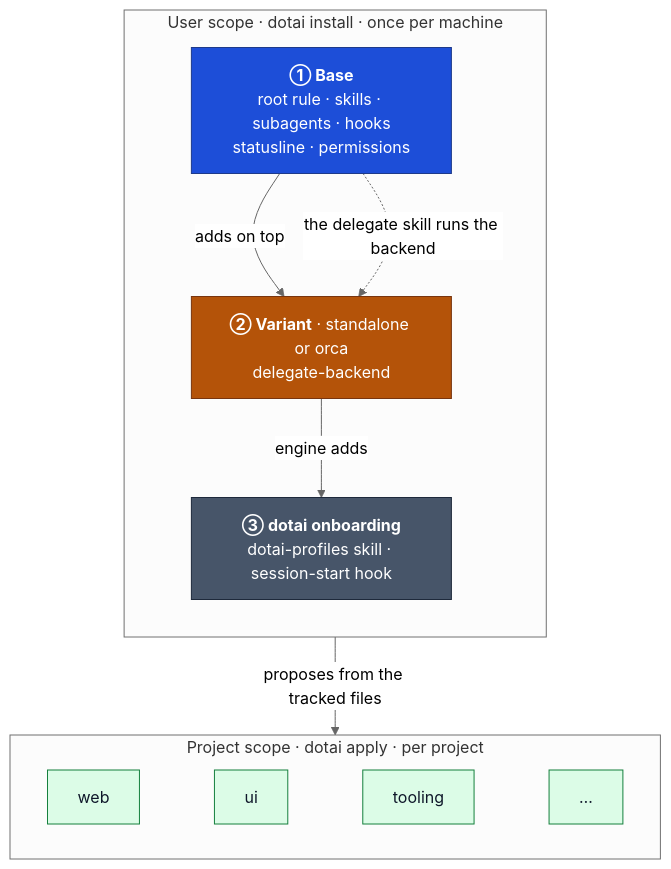
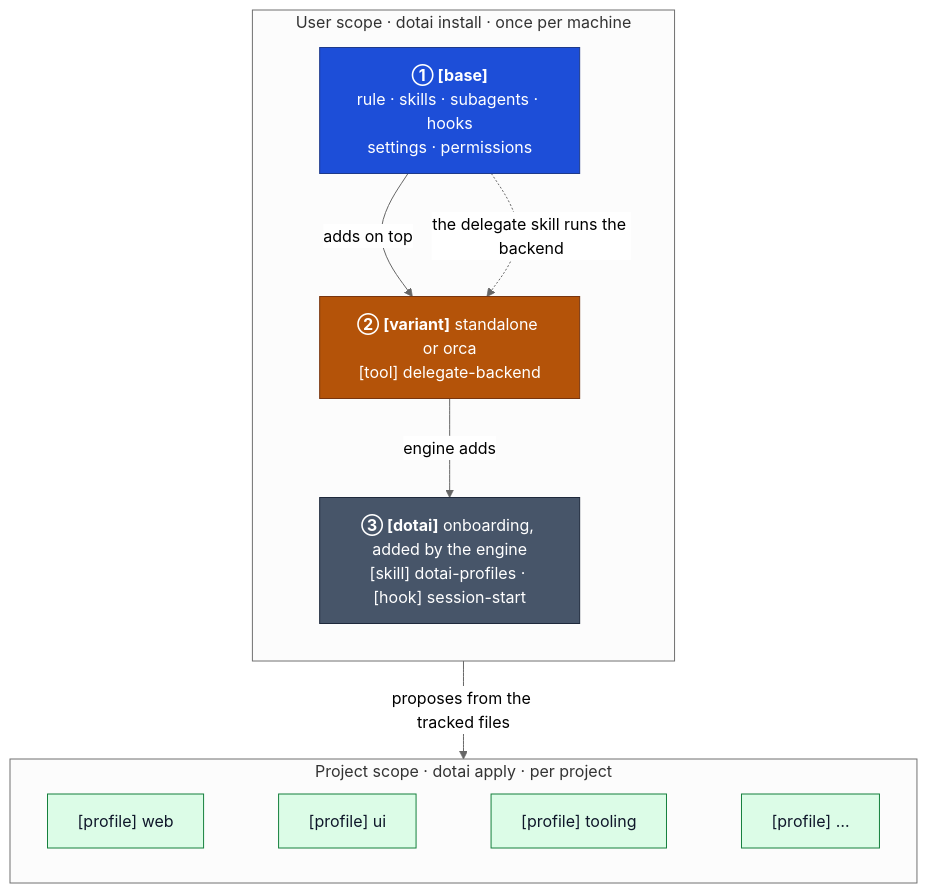
One commit to Lartweib/dotai-lartweib-pack changed the second of 3 diagrams in README.md. Above: the diagram before and after it, drawn with Mermaid (neutral theme). The commit also changed other lines of this file, not shown here.

Commit message:
docs(readme): tag diagram items by layer and kind

````diff
--- a/README.md
+++ b/README.md
@@ -69,28 +69,28 @@
 ```mermaid
 flowchart TB
   subgraph U["User scope · dotai install · once per machine"]
     direction TB
-    L1["<b>① Base</b><br/>root rule · skills · subagents · hooks<br/>statusline · permissions"]
-    L2["<b>② Variant</b> · standalone or orca<br/>delegate-backend"]
-    L3["<b>③ dotai onboarding</b><br/>dotai-profiles skill · session-start hook"]
+    L1["<b>① [base]</b><br/>rule · skills · subagents · hooks<br/>settings · permissions"]
+    L2["<b>② [variant]</b> standalone or orca<br/>[tool] delegate-backend"]
+    L3["<b>③ [dotai]</b> onboarding, added by the engine<br/>[skill] dotai-profiles · [hook] session-start"]
     L1 -->|"adds on top"| L2
     L2 -->|"engine adds"| L3
   end
 
   subgraph PJ["Project scope · dotai apply · per project"]
     direction LR
-    F1["web"] ~~~ F2["ui"] ~~~ F3["tooling"] ~~~ F4["…"]
+    F1["[profile] web"] ~~~ F2["[profile] ui"] ~~~ F3["[profile] tooling"] ~~~ F4["[profile] …"]
   end
 
   L3 -->|"proposes from the tracked files"| PJ
   L1 -.->|"the delegate skill runs the backend"| L2
 
   classDef base fill:#1d4ed8,stroke:#1e3a8a,color:#ffffff
   classDef variant fill:#b45309,stroke:#78350f,color:#ffffff
   classDef engine fill:#475569,stroke:#1e293b,color:#ffffff
   classDef profile fill:#dcfce7,stroke:#15803d,color:#0f172a
   class L1 base
   class L2 variant
   class L3 engine
   class F1,F2,F3,F4 profile
 ```
````
